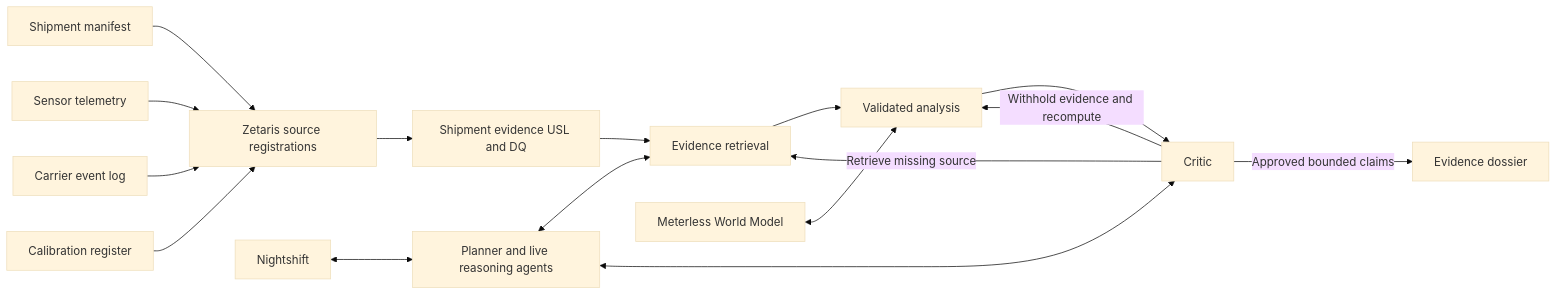
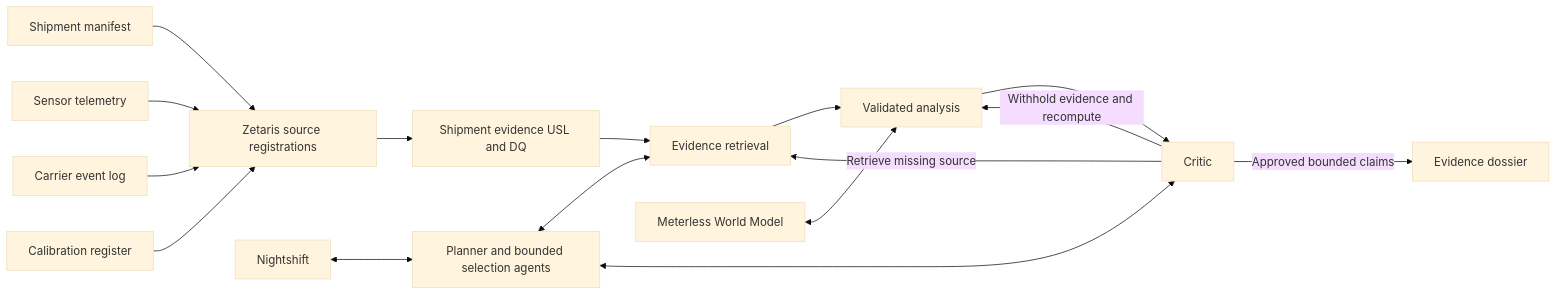
Before and after one commit to madvidd/GenAI.works_Hackathon: the diagram in docs/architecture.md, drawn with Mermaid (base theme). The commit also changed other lines of this file and 86 other files, not shown here.

````diff
--- a/docs/architecture.md
+++ b/docs/architecture.md
@@ -23,18 +23,18 @@
 ```mermaid
 flowchart LR
   M[Shipment manifest] --> Z[Zetaris source registrations]
   T[Sensor telemetry] --> Z
   I[Carrier event log] --> Z
   C[Calibration register] --> Z
   Z --> U[Shipment evidence USL and DQ]
   U --> R[Evidence retrieval]
   R --> A[Validated analysis]
   A --> K[Critic]
   K -->|Retrieve missing source| R
   K -->|Withhold evidence and recompute| A
   K -->|Approved bounded claims| D[Evidence dossier]
   W[Meterless World Model] <--> A
-  N[Nightshift] <--> P[Planner and live reasoning agents]
+  N[Nightshift] <--> P[Planner and bounded selection agents]
   P <--> R
   P <--> K
 ```
````
